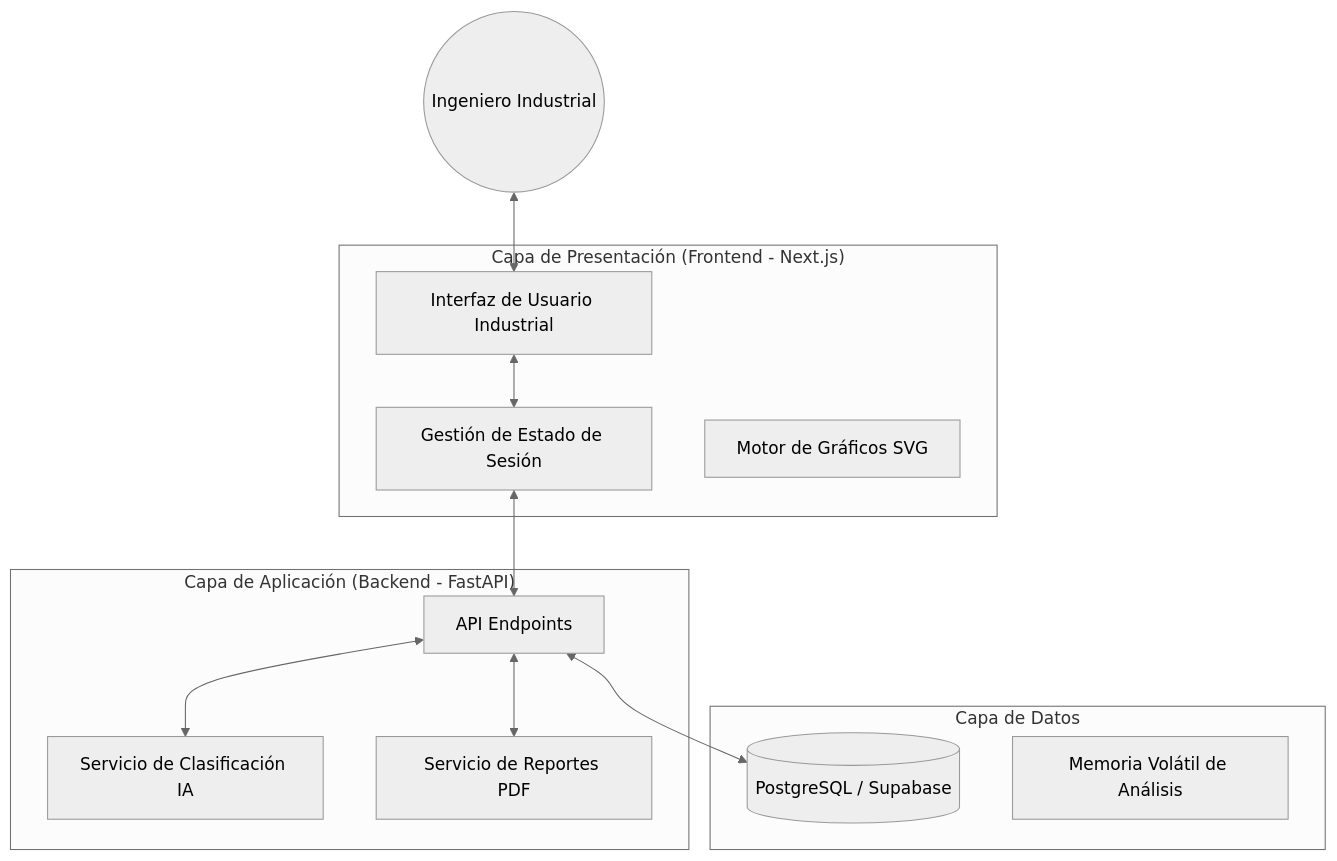
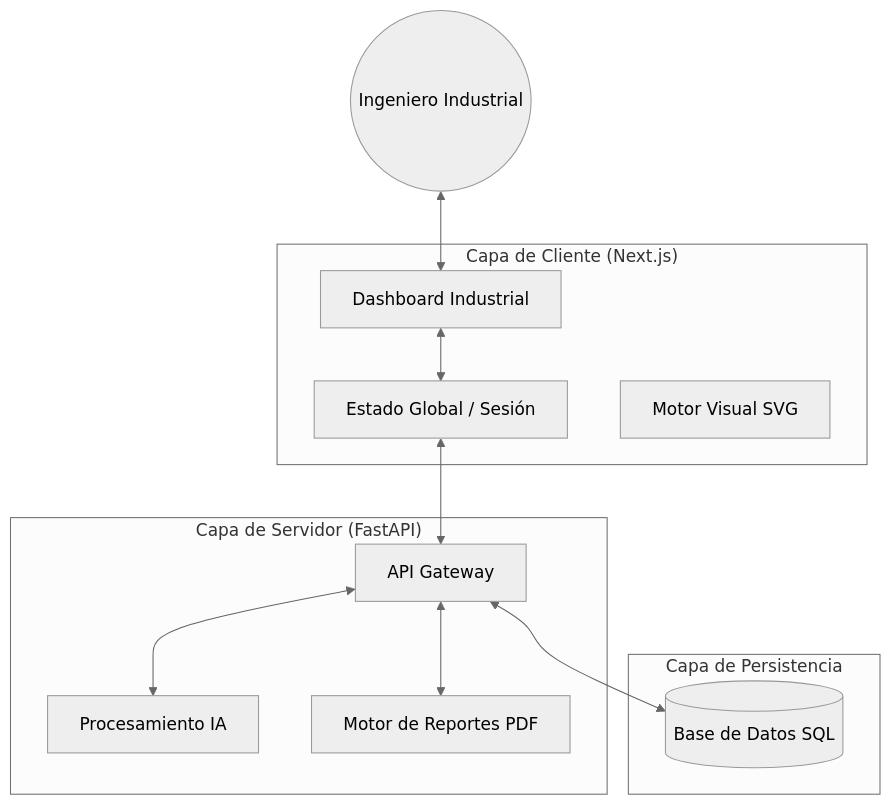
Before and after one commit to Lpsolaress/ASME: the first of 3 diagrams in ARCHITECTURE.md, drawn with Mermaid (neutral theme). The commit also changed other lines of this file and 3 other files, not shown here.

Commit message:
Actualización de documentación: índices de navegación, ARCHITECTURE.md con diagramas corregidos y manuales en español

````diff
--- a/ARCHITECTURE.md
+++ b/ARCHITECTURE.md
@@ -9,28 +13,27 @@
 ```mermaid
 graph TD
     User((Ingeniero Industrial))
     
-    subgraph "Capa de Presentación (Frontend - Next.js)"
-        UI[Interfaz de Usuario Industrial]
-        State[Gestión de Estado de Sesión]
-        Charts[Motor de Gráficos SVG]
+    subgraph "Capa de Cliente (Next.js)"
+        UI[Dashboard Industrial]
+        State[Estado Global / Sesión]
+        Charts[Motor Visual SVG]
     end
     
-    subgraph "Capa de Aplicación (Backend - FastAPI)"
-        API[API Endpoints]
-        AIService[Servicio de Clasificación IA]
-        PDFGen[Servicio de Reportes PDF]
+    subgraph "Capa de Servidor (FastAPI)"
+        API[API Gateway]
+        AIService[Procesamiento IA]
+        PDFGen[Motor de Reportes PDF]
     end
     
-    subgraph "Capa de Datos"
-        DB[(PostgreSQL / Supabase)]
-        Cache[Memoria Volátil de Análisis]
+    subgraph "Capa de Persistencia"
+        DB[(Base de Datos SQL)]
     end
     
     User <--> UI
     UI <--> State
     State <--> API
     API <--> AIService
     API <--> PDFGen
     API <--> DB
 ```
````
